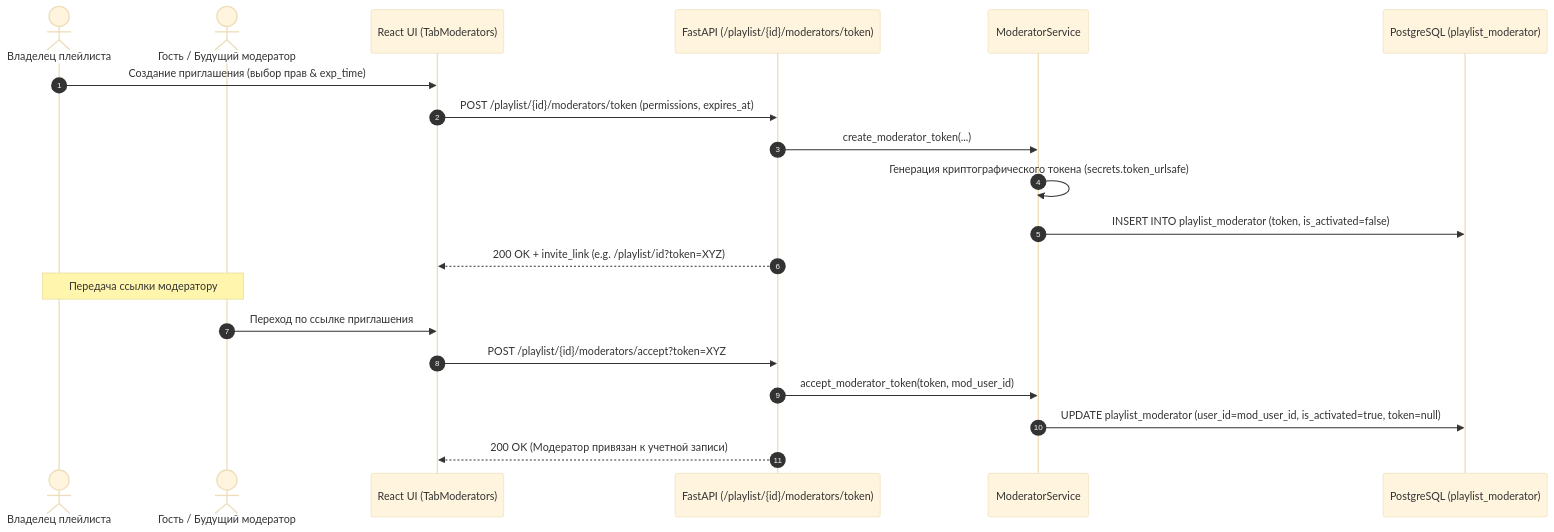
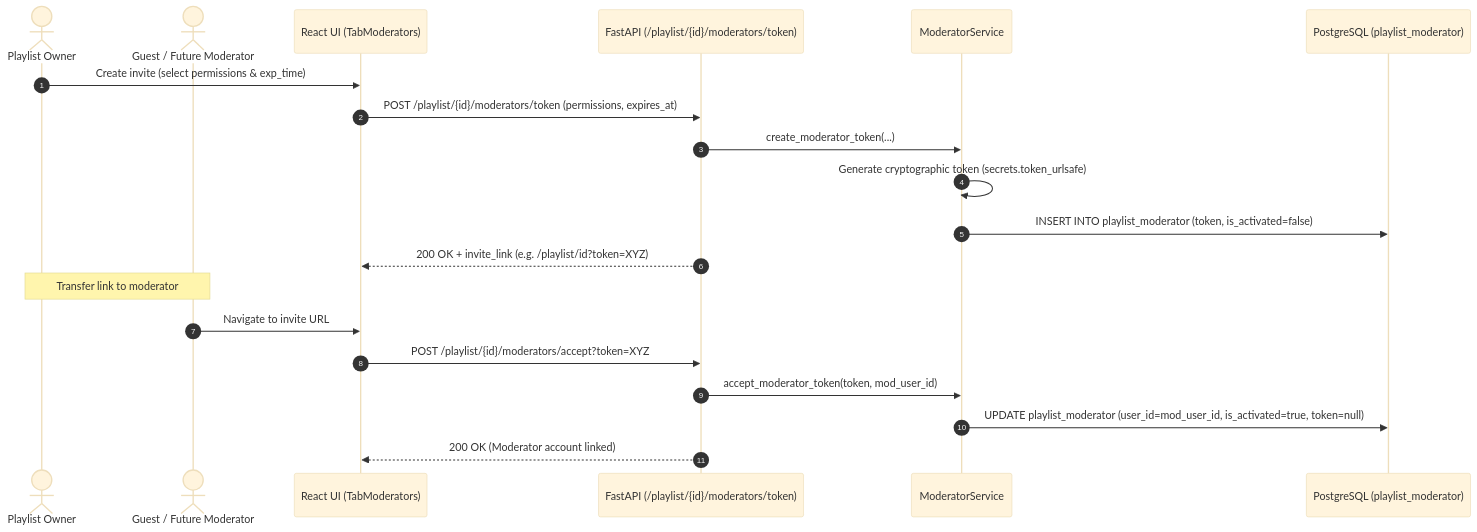
One commit to DustGalaxy/openplaylist-mono changed the second of 4 diagrams in docs/core/playlists.md. Above: the diagram before and after it, drawn with Mermaid (base theme). The commit also changed other lines of this file and 21 other files, not shown here.

Commit message:
docs: translate technical architecture and component guides to English

````diff
--- a/docs/core/playlists.md
+++ b/docs/core/playlists.md
@@ -88,24 +88,24 @@
 ```mermaid
 sequenceDiagram
     autonumber
-    actor Owner as Владелец плейлиста
-    actor ModUser as Гость / Будущий модератор
+    actor Owner as Playlist Owner
+    actor ModUser as Guest / Future Moderator
     participant UI as React UI (TabModerators)
     participant API as FastAPI (/playlist/{id}/moderators/token)
     participant ModSvc as ModeratorService
     participant DB as PostgreSQL (playlist_moderator)
 
-    Owner->>UI: Создание приглашения (выбор прав & exp_time)
+    Owner->>UI: Create invite (select permissions & exp_time)
     UI->>API: POST /playlist/{id}/moderators/token (permissions, expires_at)
     API->>ModSvc: create_moderator_token(...)
-    ModSvc->>ModSvc: Генерация криптографического токена (secrets.token_urlsafe)
+    ModSvc->>ModSvc: Generate cryptographic token (secrets.token_urlsafe)
     ModSvc->>DB: INSERT INTO playlist_moderator (token, is_activated=false)
     API-->>UI: 200 OK + invite_link (e.g. /playlist/id?token=XYZ)
 
-    Note over Owner, ModUser: Передача ссылки модератору
-    ModUser->>UI: Переход по ссылке приглашения
+    Note over Owner, ModUser: Transfer link to moderator
+    ModUser->>UI: Navigate to invite URL
     UI->>API: POST /playlist/{id}/moderators/accept?token=XYZ
     API->>ModSvc: accept_moderator_token(token, mod_user_id)
     ModSvc->>DB: UPDATE playlist_moderator (user_id=mod_user_id, is_activated=true, token=null)
-    API-->>UI: 200 OK (Модератор привязан к учетной записи)
+    API-->>UI: 200 OK (Moderator account linked)
 ```
````
